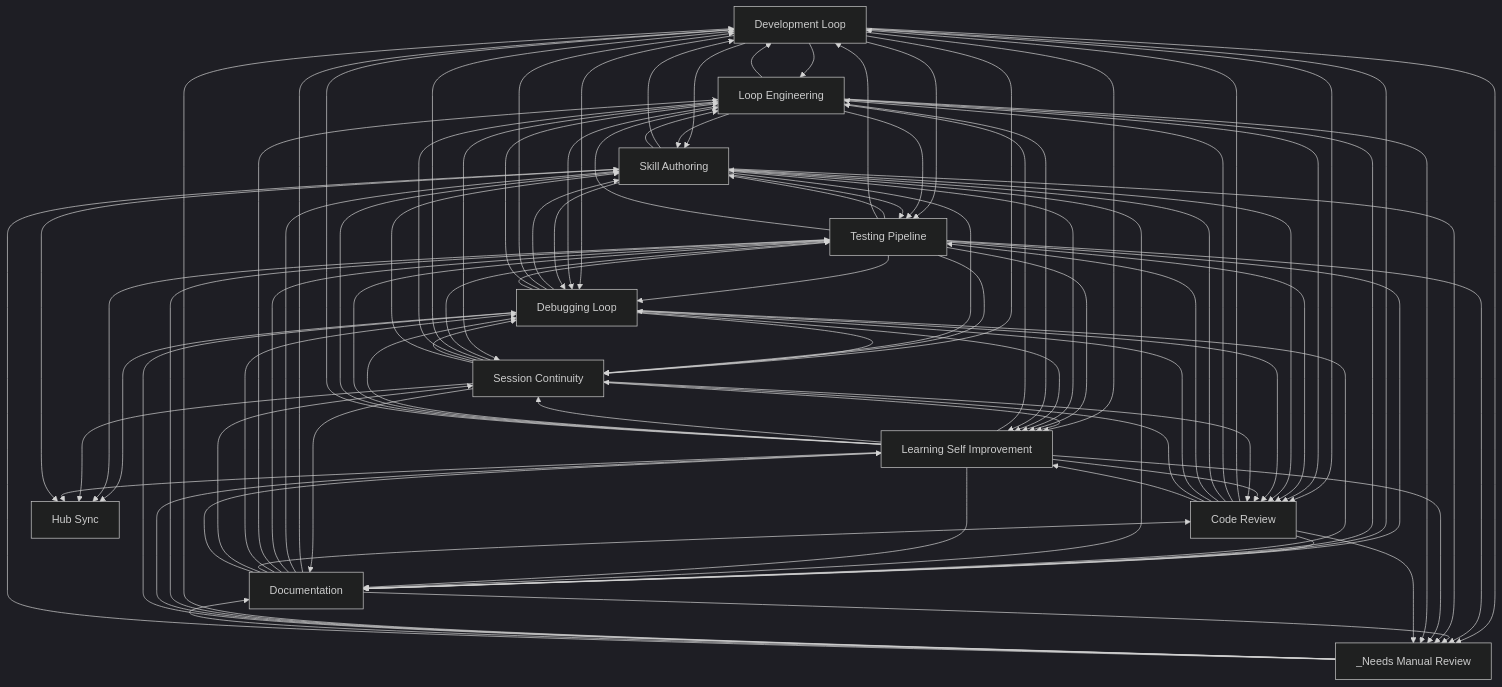
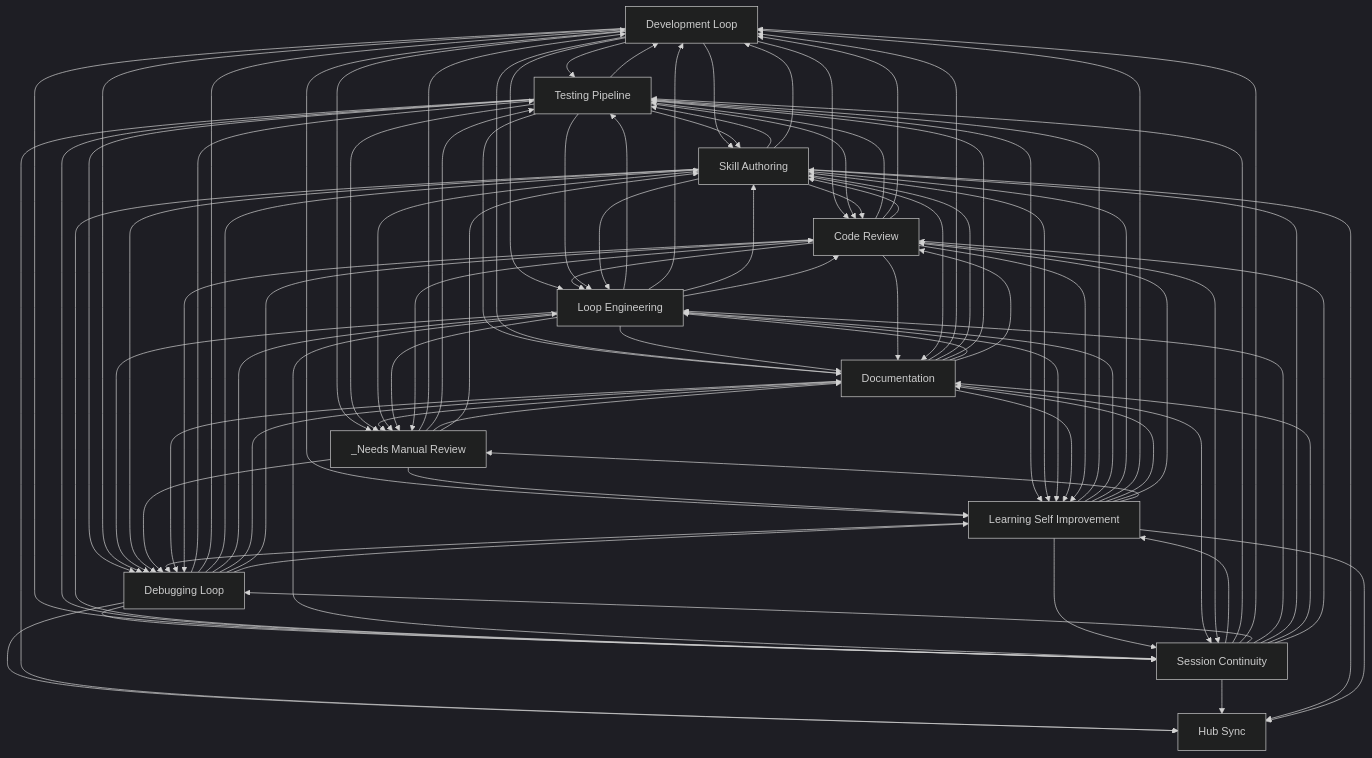
One commit to abhayla/claude-best-practices changed the diagram in docs/workflows/INDEX.md. Above: the diagram before and after it, drawn with Mermaid (dark theme). The commit also changed other lines of this file and 13 other files, not shown here.

````diff
--- a/docs/workflows/INDEX.md
+++ b/docs/workflows/INDEX.md
@@ -33,45 +33,45 @@
     documentation[Documentation]
     hub_sync[Hub Sync]
     _needs_manual_review[_Needs Manual Review]
+    development_loop --> testing_pipeline
+    development_loop --> skill_authoring
+    development_loop --> code_review
     development_loop --> loop_engineering
-    development_loop --> skill_authoring
-    development_loop --> testing_pipeline
-    development_loop --> code_review
+    code_review --> testing_pipeline
+    code_review --> development_loop
+    code_review --> skill_authoring
+    code_review --> loop_engineering
+    loop_engineering --> testing_pipeline
     loop_engineering --> development_loop
     loop_engineering --> skill_authoring
-    loop_engineering --> testing_pipeline
     loop_engineering --> code_review
-    code_review --> development_loop
-    code_review --> loop_engineering
-    code_review --> skill_authoring
-    code_review --> testing_pipeline
     skill_authoring --> testing_pipeline
     testing_pipeline --> skill_authoring
     _needs_manual_review --> development_loop
     _needs_manual_review --> testing_pipeline
     testing_pipeline --> development_loop
+    testing_pipeline --> debugging_loop
     testing_pipeline --> loop_engineering
-    testing_pipeline --> debugging_loop
+    testing_pipeline --> documentation
     testing_pipeline --> code_review
-    testing_pipeline --> documentation
+    debugging_loop --> testing_pipeline
+    debugging_loop --> development_loop
     debugging_loop --> skill_authoring
-    debugging_loop --> development_loop
     debugging_loop --> loop_engineering
-    debugging_loop --> testing_pipeline
     development_loop --> debugging_loop
     development_loop --> documentation
     loop_engineering --> documentation
     skill_authoring --> development_loop
+    skill_authoring --> code_review
     skill_authoring --> loop_engineering
-    skill_authoring --> code_review
     documentation --> development_loop
     documentation --> skill_authoring
     documentation --> testing_pipeline
     development_loop --> _needs_manual_review
     testing_pipeline --> _needs_manual_review
     code_review --> documentation
+    development_loop --> session_continuity
     development_loop --> learning_self_improvement
-    development_loop --> session_continuity
     session_continuity --> learning_self_improvement
     session_continuity --> testing_pipeline
     _needs_manual_review --> learning_self_improvement
@@ -81,14 +81,14 @@
     debugging_loop --> session_continuity
     testing_pipeline --> hub_sync
     testing_pipeline --> session_continuity
+    debugging_loop --> documentation
     debugging_loop --> code_review
-    debugging_loop --> documentation
     skill_authoring --> session_continuity
     session_continuity --> development_loop
     skill_authoring --> learning_self_improvement
     skill_authoring --> debugging_loop
+    session_continuity --> debugging_loop
     session_continuity --> loop_engineering
-    session_continuity --> debugging_loop
     loop_engineering --> session_continuity
     _needs_manual_review --> debugging_loop
     debugging_loop --> learning_self_improvement
@@ -96,31 +96,31 @@
     _needs_manual_review --> documentation
     _needs_manual_review --> skill_authoring
     documentation --> _needs_manual_review
+    learning_self_improvement --> testing_pipeline
+    learning_self_improvement --> debugging_loop
+    learning_self_improvement --> session_continuity
     learning_self_improvement --> loop_engineering
-    learning_self_improvement --> session_continuity
-    learning_self_improvement --> debugging_loop
-    learning_self_improvement --> testing_pipeline
     learning_self_improvement --> skill_authoring
     learning_self_improvement --> development_loop
+    learning_self_improvement --> documentation
     learning_self_improvement --> code_review
-    learning_self_improvement --> documentation
     skill_authoring --> _needs_manual_review
     session_continuity --> skill_authoring
     session_continuity --> hub_sync
+    session_continuity --> documentation
     session_continuity --> code_review
-    session_continuity --> documentation
     learning_self_improvement --> _needs_manual_review
+    skill_authoring --> hub_sync
     learning_self_improvement --> hub_sync
-    skill_authoring --> hub_sync
     loop_engineering --> learning_self_improvement
     loop_engineering --> _needs_manual_review
+    documentation --> debugging_loop
+    documentation --> loop_engineering
     code_review --> debugging_loop
-    documentation --> loop_engineering
-    documentation --> debugging_loop
     documentation --> code_review
+    documentation --> learning_self_improvement
+    documentation --> session_continuity
+    code_review --> learning_self_improvement
     code_review --> session_continuity
-    code_review --> learning_self_improvement
-    documentation --> session_continuity
-    documentation --> learning_self_improvement
     code_review --> _needs_manual_review
 ```
````
